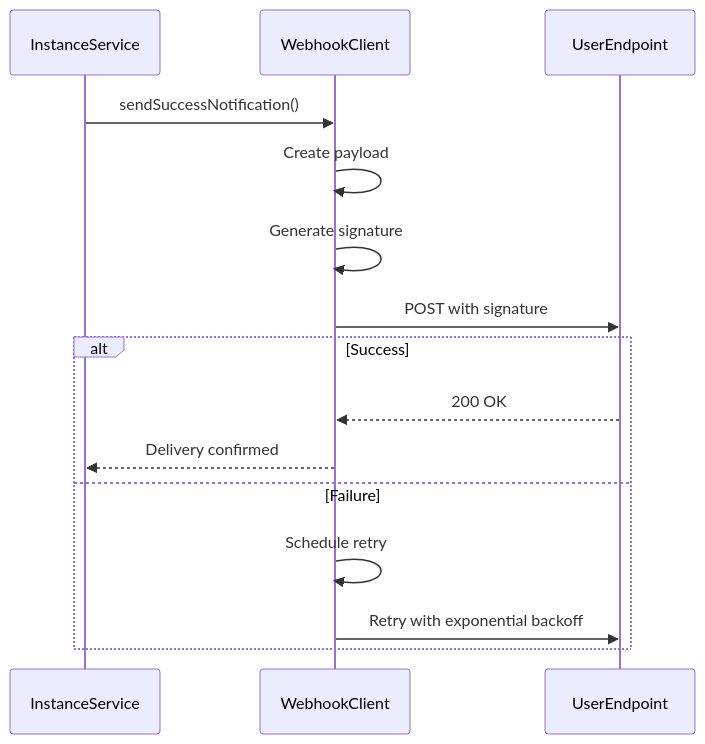
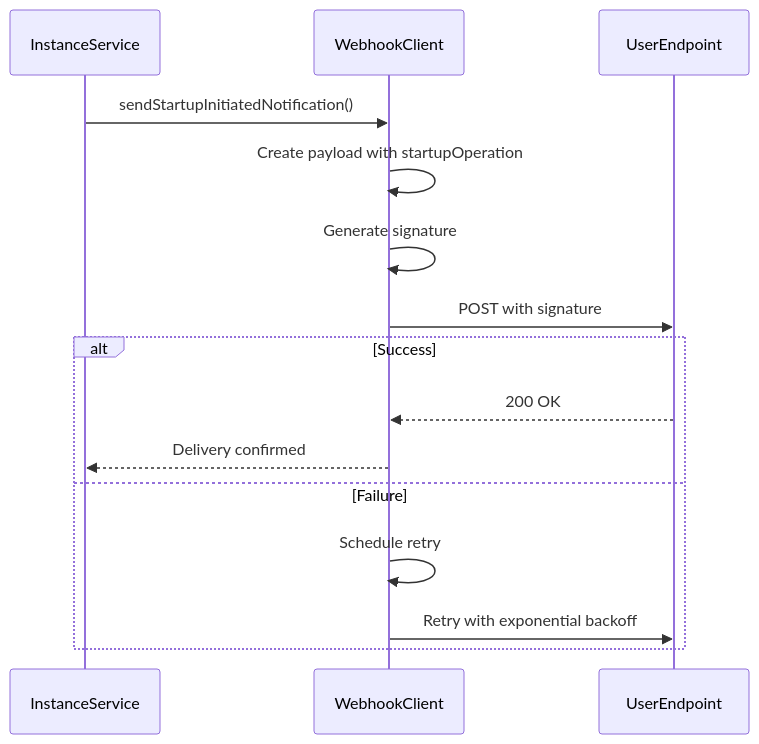
One commit to sontl/novita-ai-api changed the second of 6 diagrams in .qoder/repowiki/en/content/External Integrations/External Integrations.md. Above: the diagram before and after it, drawn with Mermaid. The commit also changed other lines of this file and 76 other files, not shown here.

````diff
--- a/.qoder/repowiki/en/content/External Integrations/External Integrations.md
+++ b/.qoder/repowiki/en/content/External Integrations/External Integrations.md
@@ -74,17 +102,17 @@
 ```mermaid
 sequenceDiagram
 participant InstanceService
 participant WebhookClient
 participant UserEndpoint
-InstanceService->>WebhookClient : sendSuccessNotification()
-WebhookClient->>WebhookClient : Create payload
+InstanceService->>WebhookClient : sendStartupInitiatedNotification()
+WebhookClient->>WebhookClient : Create payload with startupOperation
 WebhookClient->>WebhookClient : Generate signature
 WebhookClient->>UserEndpoint : POST with signature
 alt Success
 UserEndpoint-->>WebhookClient : 200 OK
 WebhookClient-->>InstanceService : Delivery confirmed
 else Failure
 WebhookClient->>WebhookClient : Schedule retry
 WebhookClient->>UserEndpoint : Retry with exponential backoff
 end
 ```
````
